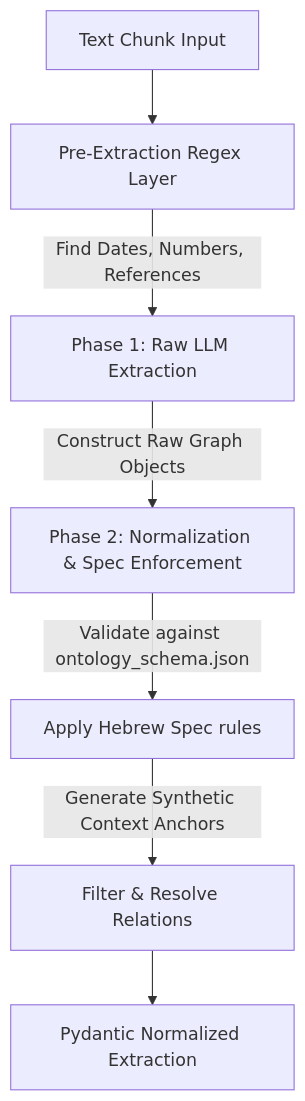
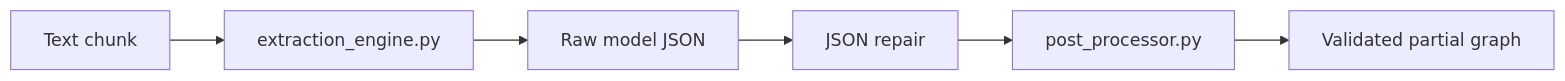
The diagram in src/extraction/README.md (zvieli/MAG_Agent), drawn with Mermaid before and after one commit. The commit also changed other lines of this file and 27 other files, not shown here.

````diff
--- a/src/extraction/README.md
+++ b/src/extraction/README.md
@@ -11,9 +20,8 @@
 ```mermaid
-graph TD
-    A[Text Chunk Input] --> B[Pre-Extraction Regex Layer]
-    B -->|Find Dates, Numbers, References| C[Phase 1: Raw LLM Extraction]
-    C -->|Construct Raw Graph Objects| D[Phase 2: Normalization & Spec Enforcement]
-    D -->|Validate against ontology_schema.json| E[Apply Hebrew Spec rules]
-    E -->|Generate Synthetic Context Anchors| F[Filter & Resolve Relations]
-    F --> G[Pydantic Normalized Extraction]
+graph LR
+    Chunk[Text chunk] --> Engine[extraction_engine.py]
+    Engine --> Raw[Raw model JSON]
+    Raw --> Repair[JSON repair]
+    Repair --> Post[post_processor.py]
+    Post --> Graph[Validated partial graph]
 ```
````
